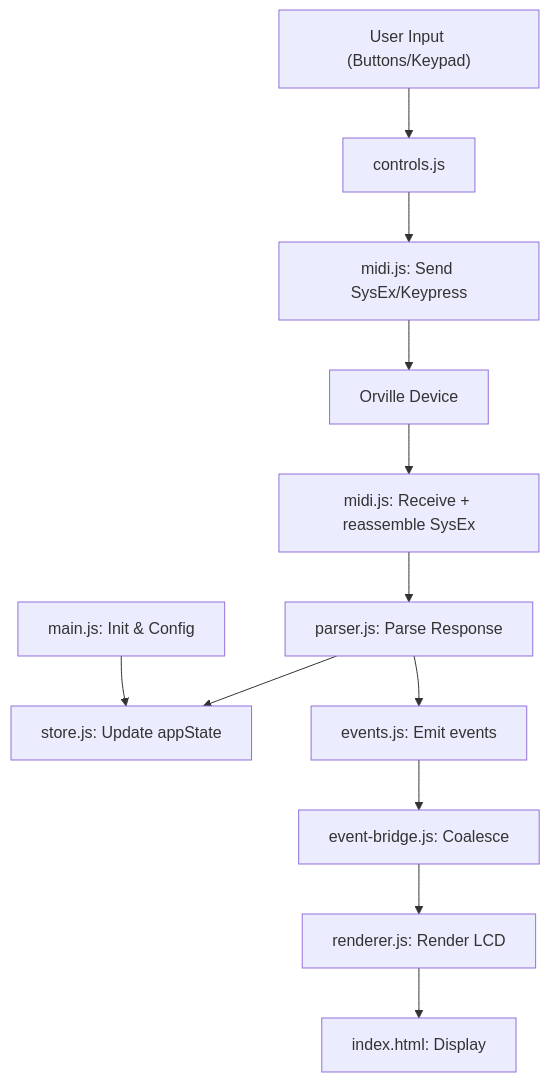
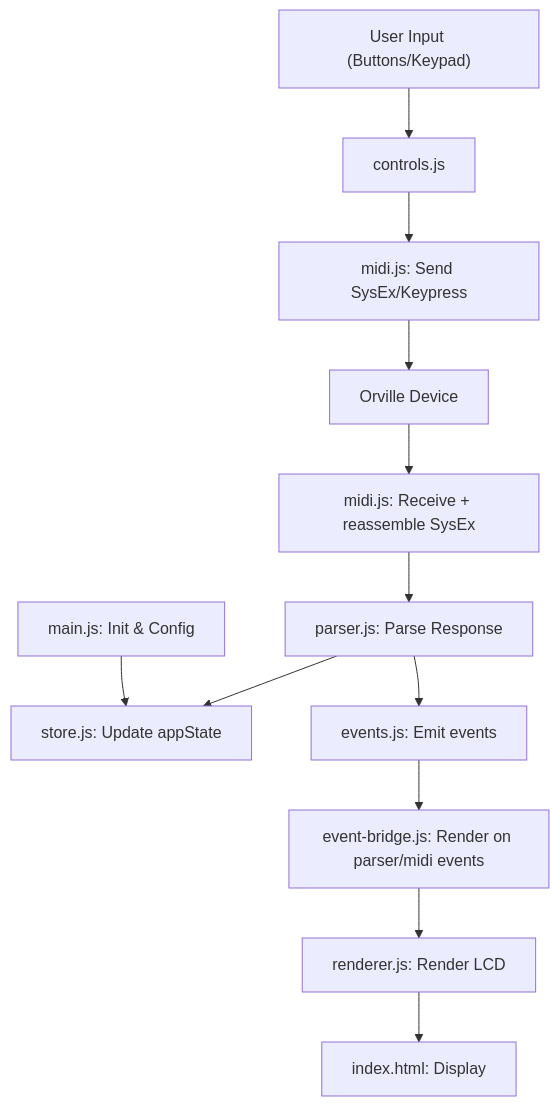
One commit to auntiepickle/orvilleCommander changed the diagram in README.md. Above: the diagram before and after it, drawn with Mermaid. The commit also changed other lines of this file and 23 other files, not shown here.

````diff
--- a/README.md
+++ b/README.md
@@ -51,14 +51,14 @@
 ```mermaid
 graph TD
     A["User Input (Buttons/Keypad)"] --> B["controls.js"]
     B --> C["midi.js: Send SysEx/Keypress"]
     C --> D["Orville Device"]
     D --> E["midi.js: Receive + reassemble SysEx"]
     E --> F["parser.js: Parse Response"]
     F --> G["store.js: Update appState"]
     F --> K["events.js: Emit events"]
-    K --> L["event-bridge.js: Coalesce"]
+    K --> L["event-bridge.js: Render on parser/midi events"]
     L --> H["renderer.js: Render LCD"]
     H --> I["index.html: Display"]
     J["main.js: Init & Config"] --> G
 ```
````
